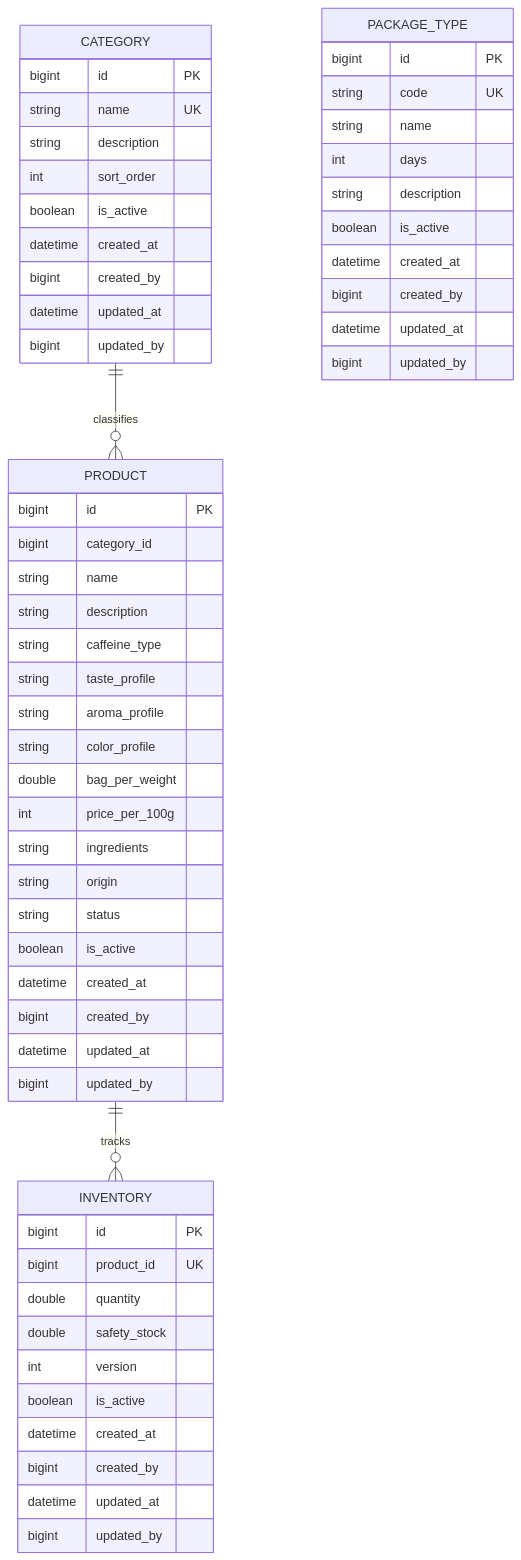
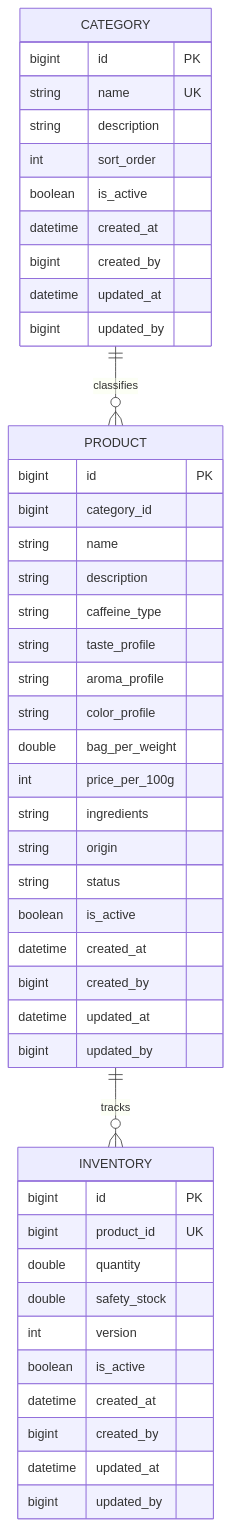
The fourth of 8 diagrams in ecommerce/docs/api/data-models.md (jay05410/hanghae10-for-study), drawn with Mermaid before and after one commit. The commit also changed other lines of this file and 8 other files, not shown here.

````diff
--- a/ecommerce/docs/api/data-models.md
+++ b/ecommerce/docs/api/data-models.md
@@ -530,64 +473,52 @@
 ```mermaid
 erDiagram
     CATEGORY ||--o{ PRODUCT : "classifies"
     PRODUCT ||--o{ INVENTORY : "tracks"
 
     CATEGORY {
         bigint id PK
         string name UK
         string description
         int sort_order
         boolean is_active
         datetime created_at
         bigint created_by
         datetime updated_at
         bigint updated_by
     }
 
     PRODUCT {
         bigint id PK
         bigint category_id
         string name
         string description
         string caffeine_type
         string taste_profile
         string aroma_profile
         string color_profile
         double bag_per_weight
         int price_per_100g
         string ingredients
         string origin
         string status
         boolean is_active
         datetime created_at
         bigint created_by
         datetime updated_at
         bigint updated_by
     }
 
     INVENTORY {
         bigint id PK
         bigint product_id UK
         double quantity
         double safety_stock
         int version
         boolean is_active
         datetime created_at
         bigint created_by
         datetime updated_at
         bigint updated_by
     }
 
-    PACKAGE_TYPE {
-        bigint id PK
-        string code UK
-        string name
-        int days
-        string description
-        boolean is_active
-        datetime created_at
-        bigint created_by
-        datetime updated_at
-        bigint updated_by
-    }
 ```
````
